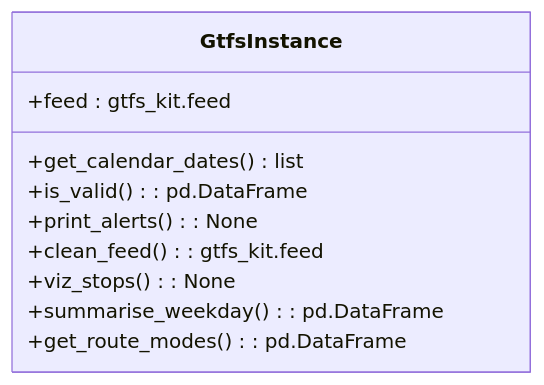
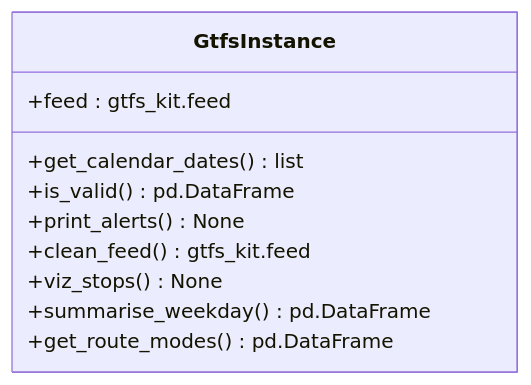
The diagram in docs/gtfs/Gtfs_Instance_class_diagram.md (datasciencecampus/transport-network-performance), drawn with Mermaid before and after one commit. The commit also changed other lines of this file, not shown here.

Commit message:
fix: Styling quirks

````diff
--- a/docs/gtfs/Gtfs_Instance_class_diagram.md
+++ b/docs/gtfs/Gtfs_Instance_class_diagram.md
@@ -11,15 +3,15 @@
 ```mermaid
 
 classDiagram
     class GtfsInstance {
         +feed : gtfs_kit.feed
         +get_calendar_dates() list
-        +is_valid() : pd.DataFrame
-        +print_alerts() : None
-        +clean_feed() : gtfs_kit.feed
-        +viz_stops() : None
-        +summarise_weekday() : pd.DataFrame
-        +get_route_modes() : pd.DataFrame
+        +is_valid() pd.DataFrame
+        +print_alerts() None
+        +clean_feed() gtfs_kit.feed
+        +viz_stops() None
+        +summarise_weekday() pd.DataFrame
+        +get_route_modes() pd.DataFrame
     }
 
 ```
````
